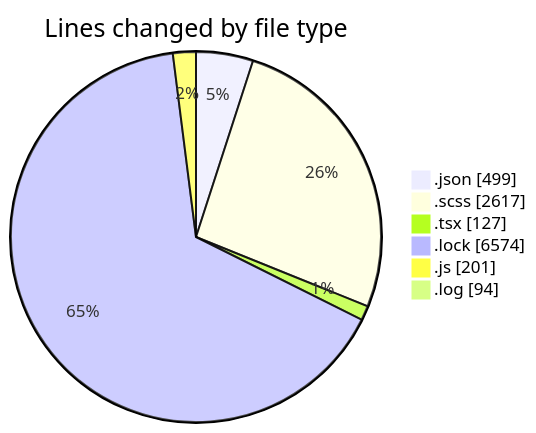
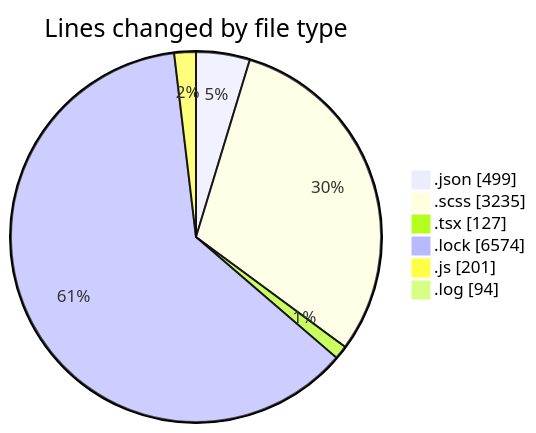
One commit to momahboobian/code-tracking changed the first of 2 diagrams in 2026-08-11/cda/README.md. Above: the diagram before and after it, drawn with Mermaid. The commit also changed other lines of this file and 1 other file, not shown here.

````diff
--- a/2026-08-11/cda/README.md
+++ b/2026-08-11/cda/README.md
@@ -37,10 +39,10 @@
 ```mermaid
 pie showData
 title Lines changed by file type
 ".json" : 499
-".scss" : 2617
+".scss" : 3235
 ".tsx" : 127
 ".lock" : 6574
 ".js" : 201
 ".log" : 94
 ```
````
